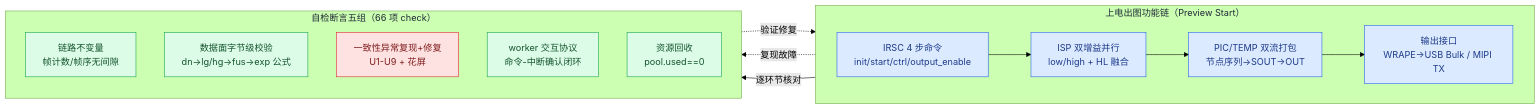
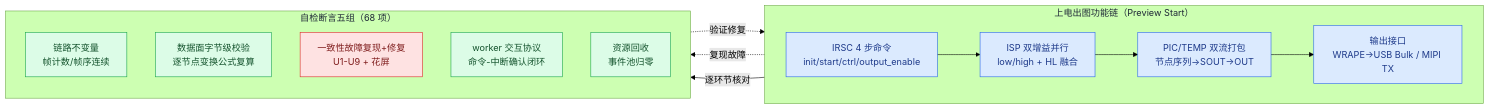
One commit to DeguiLiu/coact changed the diagram in docs/example_ISP_pipeline_functional_test_report_zh.md. Above: the diagram before and after it, drawn with Mermaid (forest theme). The commit also changed other lines of this file and 2 other files, not shown here.

````diff
--- a/docs/example_ISP_pipeline_functional_test_report_zh.md
+++ b/docs/example_ISP_pipeline_functional_test_report_zh.md
@@ -11,25 +11,25 @@
 ```mermaid
 flowchart LR
     subgraph BOOT["上电出图功能链（Preview Start）"]
         direction LR
         A1["IRSC 4 步命令<br/>init/start/ctrl/output_enable"]:::f1 --> A2["ISP 双增益并行<br/>low/high + HL 融合"]:::f1
         A2 --> A3["PIC/TEMP 双流打包<br/>节点序列→SOUT→OUT"]:::f1
         A3 --> A4["输出接口<br/>WRAPE→USB Bulk / MIPI TX"]:::f1
     end
-    subgraph ASSERT["自检断言五组（66 项 check）"]
+    subgraph ASSERT["自检断言五组（68 项）"]
         direction TB
-        B1["链路不变量<br/>帧计数/帧序无间隙"]:::f2
-        B2["数据面字节级校验<br/>dn→lg/hg→fus→exp 公式"]:::f2
-        B3["一致性异常复现+修复<br/>U1-U9 + 花屏"]:::f3
+        B1["链路不变量<br/>帧计数/帧序连续"]:::f2
+        B2["数据面字节级校验<br/>逐节点变换公式复算"]:::f2
+        B3["一致性故障复现+修复<br/>U1-U9 + 花屏"]:::f3
         B4["worker 交互协议<br/>命令-中断确认闭环"]:::f2
-        B5["资源回收<br/>pool.used==0"]:::f2
+        B5["资源回收<br/>事件池归零"]:::f2
     end
     BOOT -->|"逐环节核对"| ASSERT
     A3 -.->|"复现故障"| B3
     B3 -.->|"验证修复"| A3
     classDef f1 fill:#dbeafe,stroke:#2563eb,color:#1e3a8a
     classDef f2 fill:#dcfce7,stroke:#16a34a,color:#14532d
     classDef f3 fill:#fee2e2,stroke:#dc2626,color:#7f1d1d
     style BOOT color:#1f2937
     style ASSERT color:#1f2937
 ```
````
